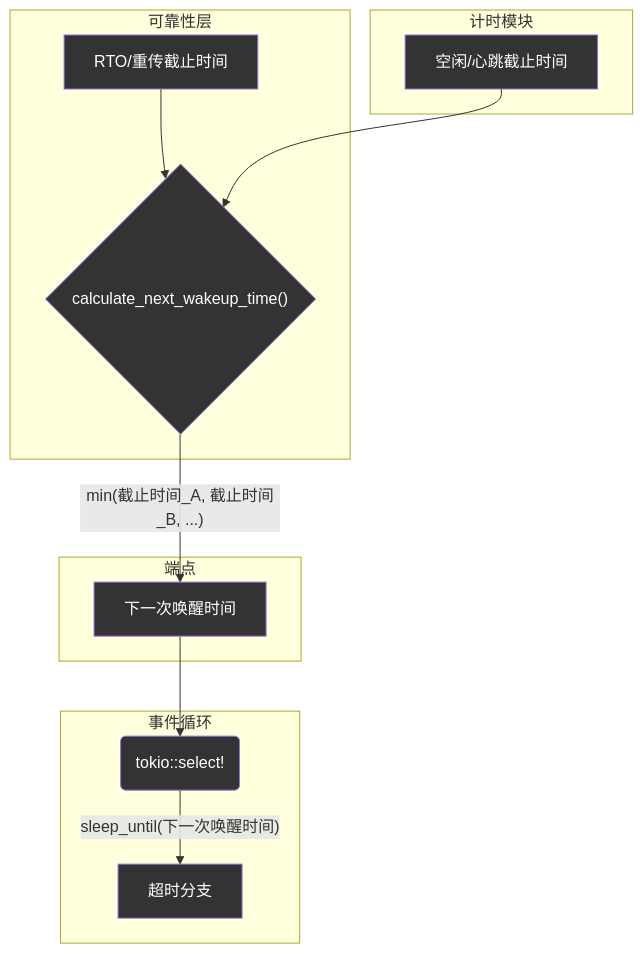
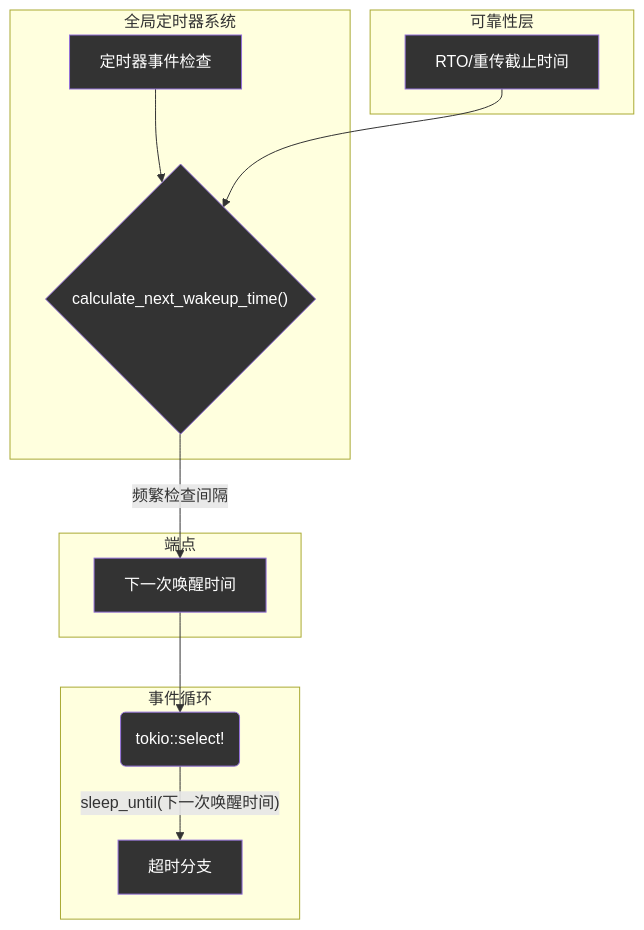
The diagram in docs/src/dev-docs/components/endpoint/timing.md (ShaoG-R/kestrel-protocol), drawn with Mermaid before and after one commit. The commit also changed other lines of this file and 9 other files, not shown here.

````diff
--- a/docs/src/dev-docs/components/endpoint/timing.md
+++ b/docs/src/dev-docs/components/endpoint/timing.md
@@ -78,27 +146,27 @@
 ```mermaid
 graph TD
-    subgraph "可靠性层"
-        A[RTO/重传截止时间] --> C
+    subgraph "全局定时器系统"
+        A[定时器事件检查] --> C
     end
     
-    subgraph "计时模块"
-        B[空闲/心跳截止时间] --> C
+    subgraph "可靠性层"
+        B[RTO/重传截止时间] --> C
     end
     
     subgraph "端点"
-         C{"calculate_next_wakeup_time()"} -- "min(截止时间_A, 截止时间_B, ...)" --> D[下一次唤醒时间]
+         C{"calculate_next_wakeup_time()"} -- "频繁检查间隔" --> D[下一次唤醒时间]
     end
     
     subgraph "事件循环"
         E(tokio::select!) -- "sleep_until(下一次唤醒时间)" --> F[超时分支]
     end
 
     D --> E
 
     style A fill:#333,color:#fff
     style B fill:#333,color:#fff
     style C fill:#333,color:#fff
     style D fill:#333,color:#fff
     style E fill:#333,color:#fff
     style F fill:#333,color:#fff
 ```
````
